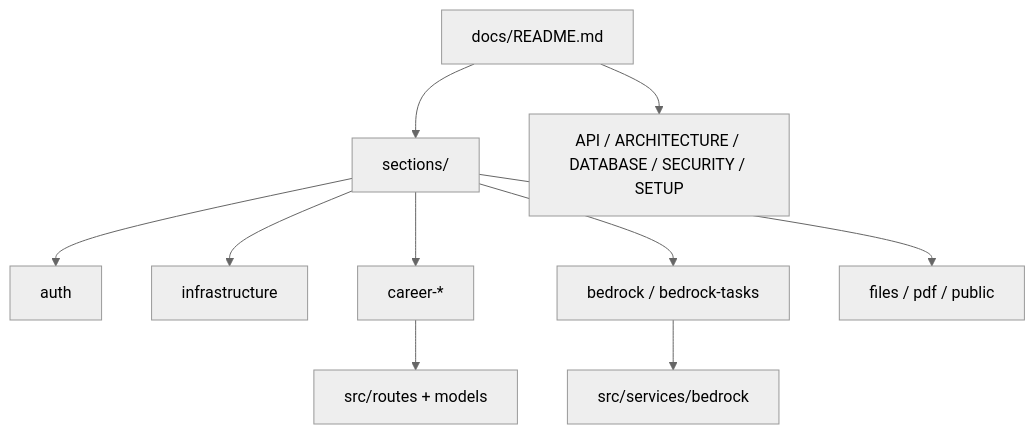
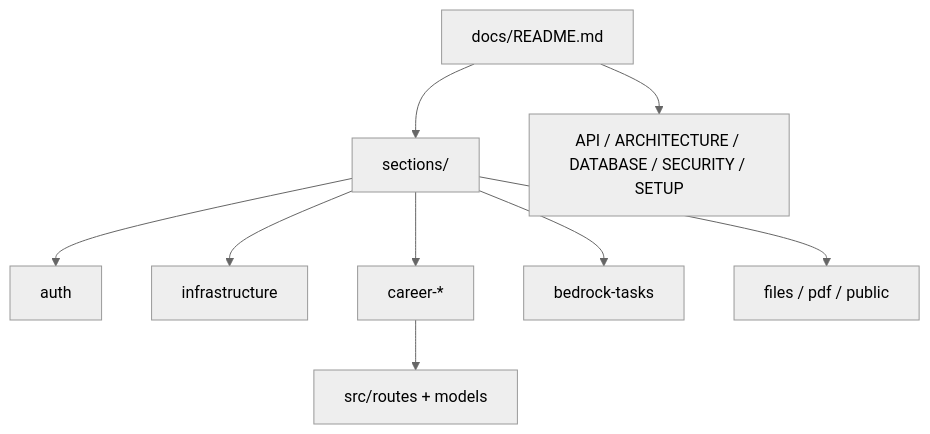
The diagram in cjhirashi-career-api/docs/README.md (cjhirashi/cjhirashi-career), drawn with Mermaid (neutral theme) before and after one commit. The commit also changed other lines of this file and 82 other files, not shown here.

````diff
--- a/cjhirashi-career-api/docs/README.md
+++ b/cjhirashi-career-api/docs/README.md
@@ -9,12 +9,11 @@
 ```mermaid
 flowchart TB
     Index[docs/README.md] --> Sections[sections/]
     Sections --> Auth[auth]
     Sections --> Infra[infrastructure]
     Sections --> Career[career-*]
-    Sections --> Agent[bedrock / bedrock-tasks]
+    Sections --> Agent[bedrock-tasks]
     Sections --> Integ[files / pdf / public]
     Index --> Guides[API / ARCHITECTURE / DATABASE / SECURITY / SETUP]
     Career --> Src[src/routes + models]
-    Agent --> Harness[src/services/bedrock]
 ```
````
